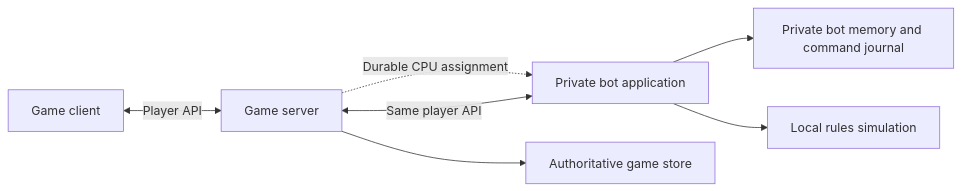
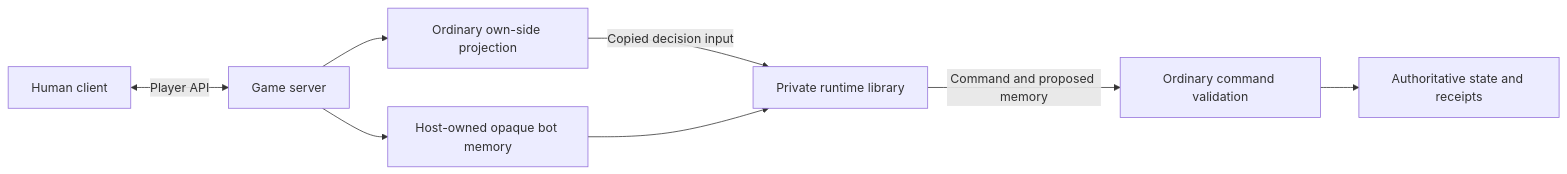
One commit to jpolaczek/wotr-server changed the diagram in docs/server/STRATEGIC-BOTS.md. Above: the diagram before and after it, drawn with Mermaid. The commit also changed other lines of this file and 22 other files, not shown here.

Commit message:
Load optional private bot runtime and revise embedded bot architecture

````diff
--- a/docs/server/STRATEGIC-BOTS.md
+++ b/docs/server/STRATEGIC-BOTS.md
@@ -34,9 +26,10 @@
 ```mermaid
 flowchart LR
-    Human[Game client] <-->|Player API| Game[Game server]
-    Bot[Private bot application] <-->|Same player API| Game
-    Game -.->|Durable CPU assignment| Bot
-    Game --> State[Authoritative game store]
-    Bot --> Memory[Private bot memory and command journal]
-    Bot --> Simulation[Local rules simulation]
+    Human[Human client] <-->|Player API| Server[Game server]
+    Server --> Projection[Ordinary own-side projection]
+    Projection -->|Copied decision input| Runtime[Private runtime library]
+    Runtime -->|Command and proposed memory| Validate[Ordinary command validation]
+    Validate --> Store[Authoritative state and receipts]
+    Server --> Memory[Host-owned opaque bot memory]
+    Memory --> Runtime
 ```
````
